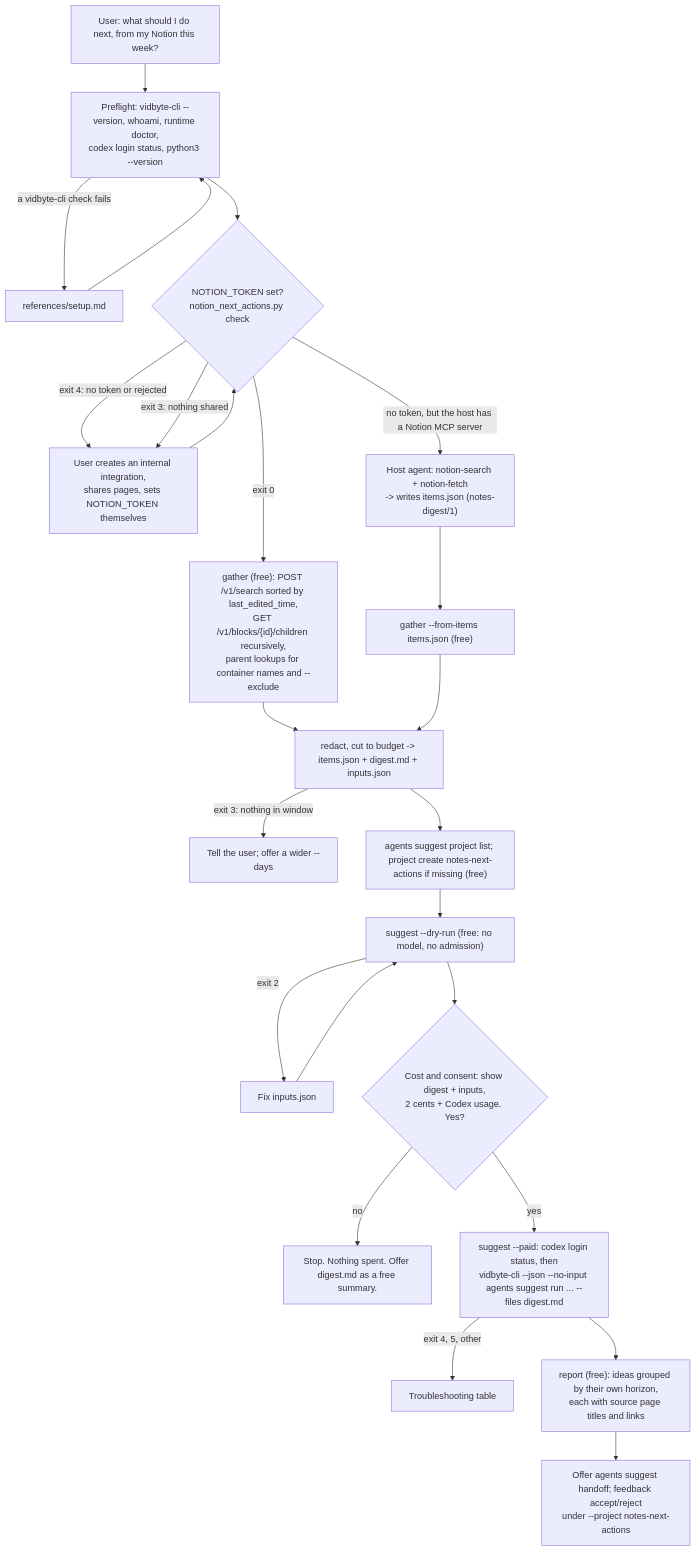
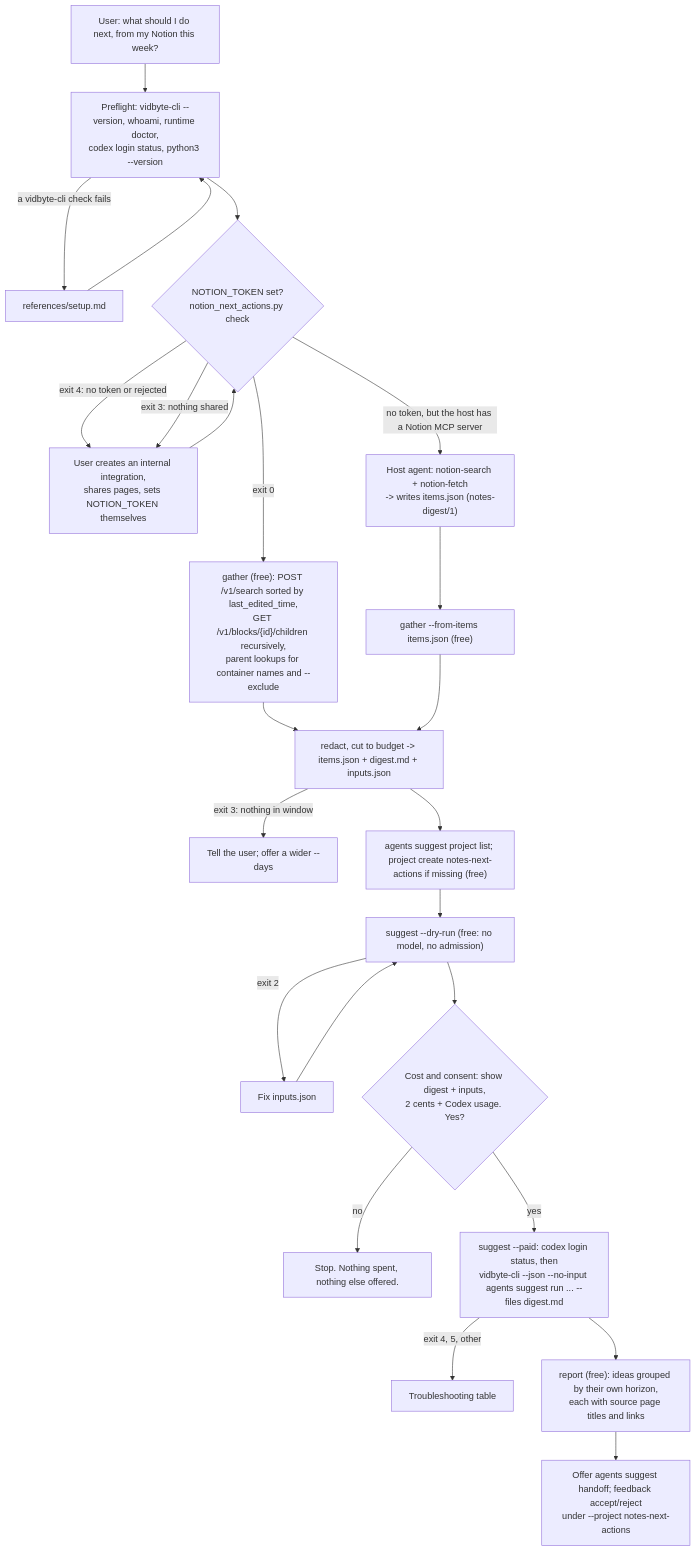
The diagram in docs/design/next-actions-from-notion.md (cerredz/vidbyte-cli), drawn with Mermaid before and after one commit. The commit also changed 69 other files, not shown here.

````diff
--- a/docs/design/next-actions-from-notion.md
+++ b/docs/design/next-actions-from-notion.md
@@ -29,23 +29,23 @@
 ```mermaid
 flowchart TD
     A["User: what should I do next, from my Notion this week?"] --> B["Preflight: vidbyte-cli --version, whoami, runtime doctor,<br/>codex login status, python3 --version"]
     B -->|a vidbyte-cli check fails| S["references/setup.md"] --> B
     B --> C{"NOTION_TOKEN set?<br/>notion_next_actions.py check"}
     C -->|exit 4: no token or rejected| N["User creates an internal integration,<br/>shares pages, sets NOTION_TOKEN themselves"] --> C
     C -->|exit 3: nothing shared| N
     C -->|no token, but the host has a Notion MCP server| M["Host agent: notion-search + notion-fetch<br/>-> writes items.json (notes-digest/1)"]
     C -->|exit 0| G["gather (free): POST /v1/search sorted by last_edited_time,<br/>GET /v1/blocks/{id}/children recursively,<br/>parent lookups for container names and --exclude"]
     M --> H["gather --from-items items.json (free)"]
     G --> D["redact, cut to budget -> items.json + digest.md + inputs.json"]
     H --> D
     D -->|exit 3: nothing in window| W["Tell the user; offer a wider --days"]
     D --> P["agents suggest project list; project create notes-next-actions if missing (free)"]
     P --> R["suggest --dry-run (free: no model, no admission)"]
     R -->|exit 2| E["Fix inputs.json"] --> R
     R --> K{"Cost and consent: show digest + inputs,<br/>2 cents + Codex usage. Yes?"}
-    K -->|no| Z["Stop. Nothing spent. Offer digest.md as a free summary."]
+    K -->|no| Z["Stop. Nothing spent, nothing else offered."]
     K -->|yes| Q["suggest --paid: codex login status, then<br/>vidbyte-cli --json --no-input agents suggest run ... --files digest.md"]
     Q -->|exit 4, 5, other| T["Troubleshooting table"]
     Q --> L["report (free): ideas grouped by their own horizon,<br/>each with source page titles and links"]
     L --> O["Offer agents suggest handoff; feedback accept/reject<br/>under --project notes-next-actions"]
 ```
````
